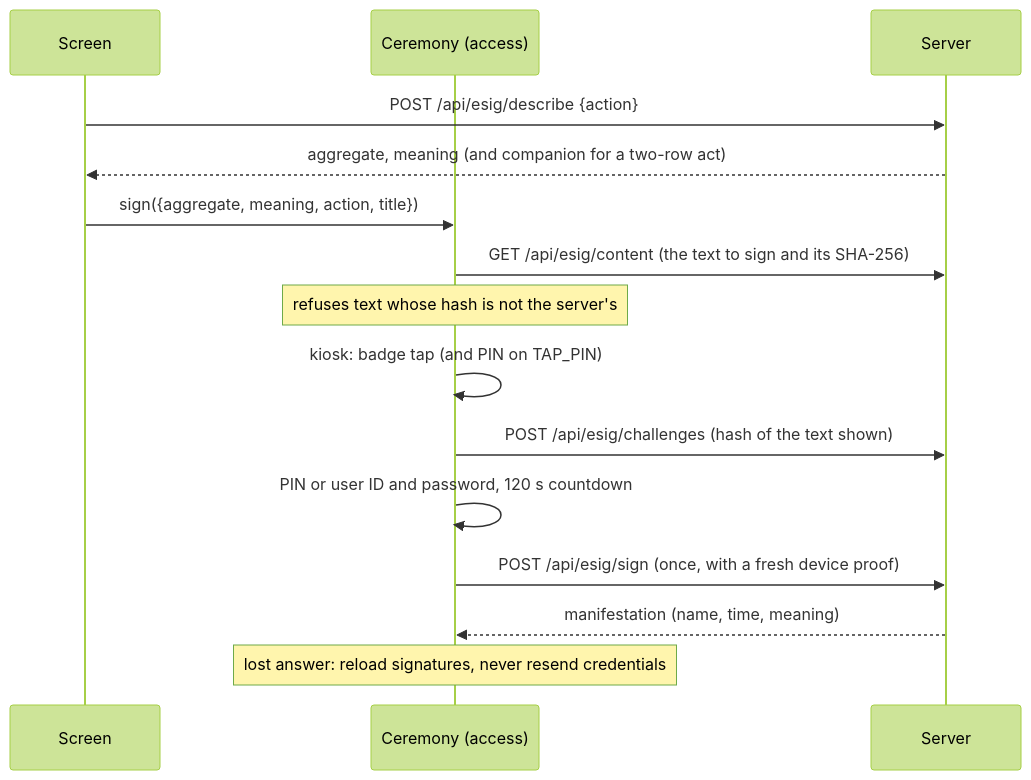
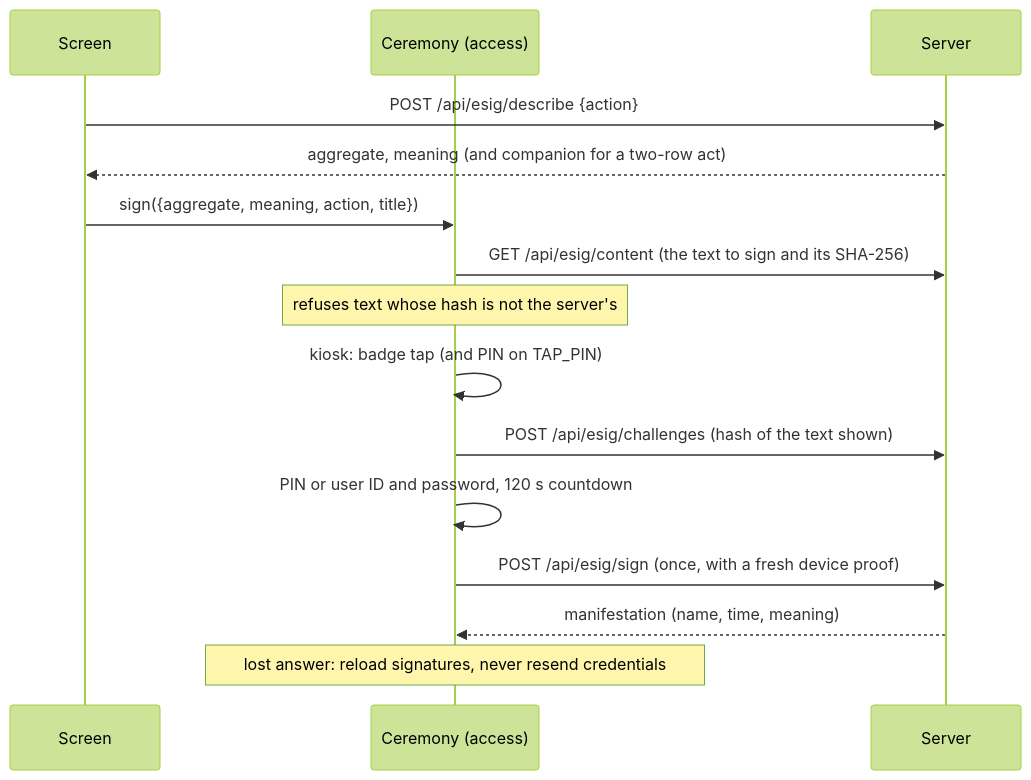
One commit to maglesT/ebmr changed the second of 2 diagrams in docs/handbook/modules/tablets-web.md. Above: the diagram before and after it, drawn with Mermaid (forest theme). The commit also changed 4 other files, not shown here.

First line of the commit message:
docs(handbook): escape ; and : in mermaid sequence and state labels so they render on GitHub

````diff
--- a/docs/handbook/modules/tablets-web.md
+++ b/docs/handbook/modules/tablets-web.md
@@ -339,17 +339,17 @@
 ```mermaid
 sequenceDiagram
   participant S as Screen
   participant C as Ceremony (access)
   participant API as Server
   S->>API: POST /api/esig/describe {action}
   API-->>S: aggregate, meaning (and companion for a two-row act)
   S->>C: sign({aggregate, meaning, action, title})
   C->>API: GET /api/esig/content (the text to sign and its SHA-256)
   Note over C: refuses text whose hash is not the server's
-  C->>C: kiosk: badge tap (and PIN on TAP_PIN)
+  C->>C: kiosk#58; badge tap (and PIN on TAP_PIN)
   C->>API: POST /api/esig/challenges (hash of the text shown)
   C->>C: PIN or user ID and password, 120 s countdown
   C->>API: POST /api/esig/sign (once, with a fresh device proof)
   API-->>C: manifestation (name, time, meaning)
-  Note over C: lost answer: reload signatures, never resend credentials
+  Note over C: lost answer#58; reload signatures, never resend credentials
 ```
````
